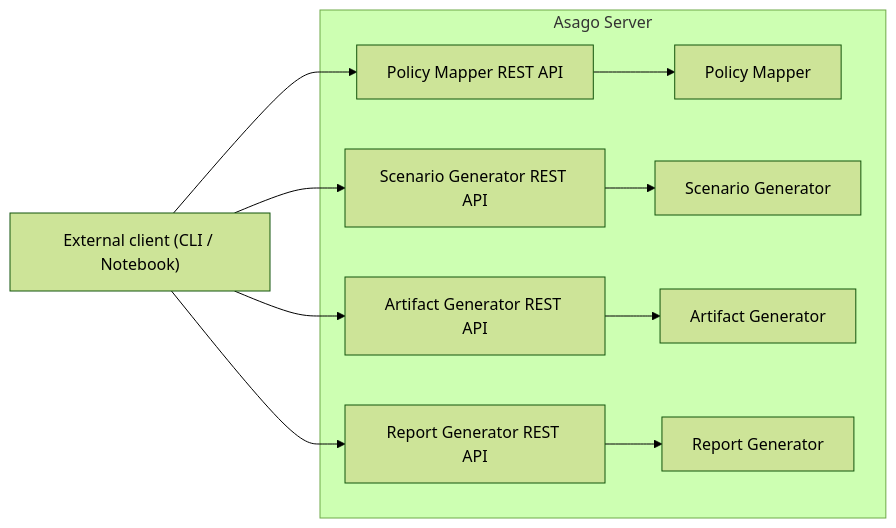
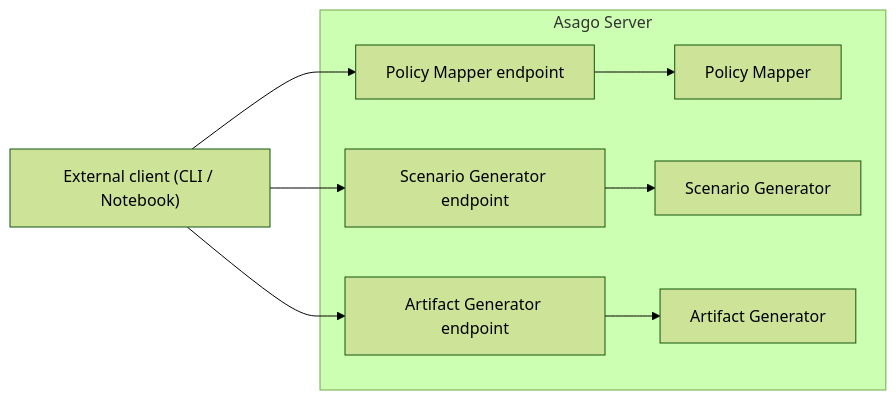
The first of 2 diagrams in architecture-decision-records/ASAGO-ADR-0001-asago-server.md (asago-ai/architecture-decision-records), drawn with Mermaid (forest theme) before and after one commit. The commit also changed other lines of this file, not shown here.

First line of the commit message:
docs(adr): clarify server scope and API constraints

````diff
--- a/architecture-decision-records/ASAGO-ADR-0001-asago-server.md
+++ b/architecture-decision-records/ASAGO-ADR-0001-asago-server.md
@@ -37,16 +45,14 @@
 ```mermaid
 flowchart LR
     Client["External client (CLI / Notebook)"]
 
     subgraph Asago["Asago Server"]
-        PMAPI["Policy Mapper REST API"] --> PM["Policy Mapper"]
-        SGAPI["Scenario Generator REST API"] --> SG["Scenario Generator"]
-        AGAPI["Artifact Generator REST API"] --> AG["Artifact Generator"]
-        ReportAPI["Report Generator REST API"] --> Report["Report Generator"]
+        PMAPI["Policy Mapper endpoint"] --> PM["Policy Mapper"]
+        SGAPI["Scenario Generator endpoint"] --> SG["Scenario Generator"]
+        AGAPI["Artifact Generator endpoint"] --> AG["Artifact Generator"]
     end
 
     Client --> PMAPI
     Client --> SGAPI
     Client --> AGAPI
-    Client --> ReportAPI
 ```
````
